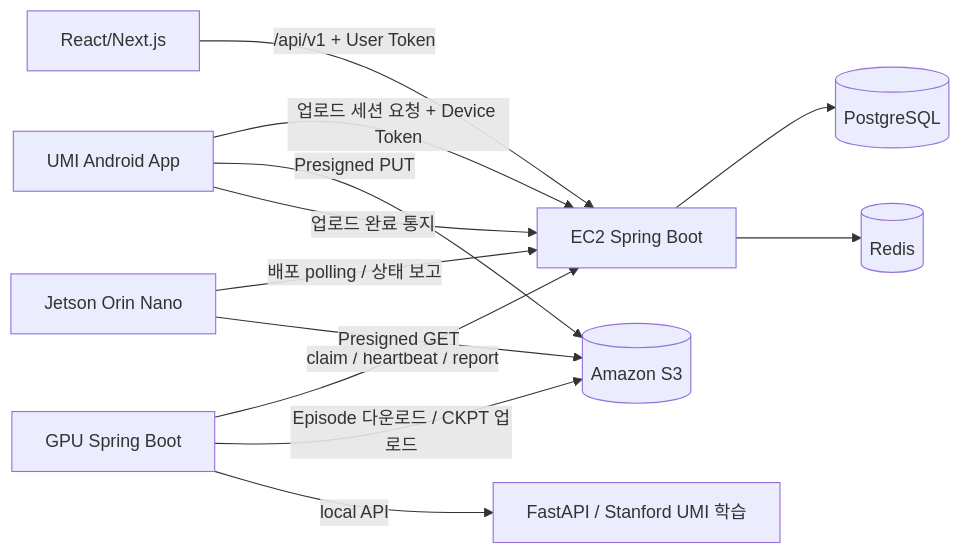
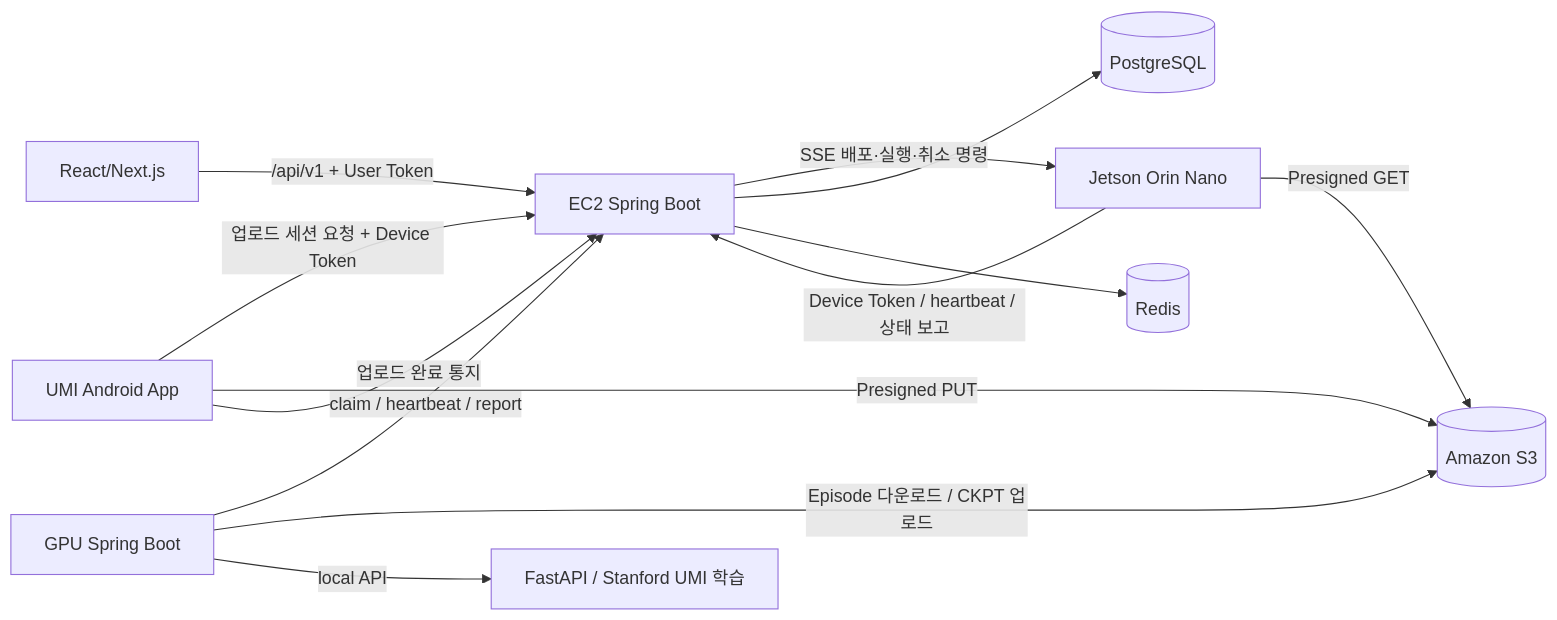
The diagram in BE/docs/인터페이스계약v1.2.0.md (ehrud7654/Physical-AI-project), drawn with Mermaid before and after one commit. The commit also changed other lines of this file and 27 other files, not shown here.

````diff
--- a/BE/docs/인터페이스계약v1.2.0.md
+++ b/BE/docs/인터페이스계약v1.2.0.md
@@ -82,14 +83,15 @@
 ```mermaid
 flowchart LR
     FE[React/Next.js] -->|/api/v1 + User Token| EC2[EC2 Spring Boot]
     UMI[UMI Android App] -->|업로드 세션 요청 + Device Token| EC2
     UMI -->|Presigned PUT| S3[(Amazon S3)]
     UMI -->|업로드 완료 통지| EC2
     GPU[GPU Spring Boot] -->|claim / heartbeat / report| EC2
     GPU -->|Episode 다운로드 / CKPT 업로드| S3
     GPU -->|local API| FASTAPI[FastAPI / Stanford UMI 학습]
-    JETSON[Jetson Orin Nano] -->|배포 polling / 상태 보고| EC2
+    JETSON[Jetson Orin Nano] -->|Device Token / heartbeat / 상태 보고| EC2
+    EC2 -->|SSE 배포·실행·취소 명령| JETSON
     JETSON -->|Presigned GET| S3
     EC2 --> PG[(PostgreSQL)]
     EC2 --> REDIS[(Redis)]
 ```
````
